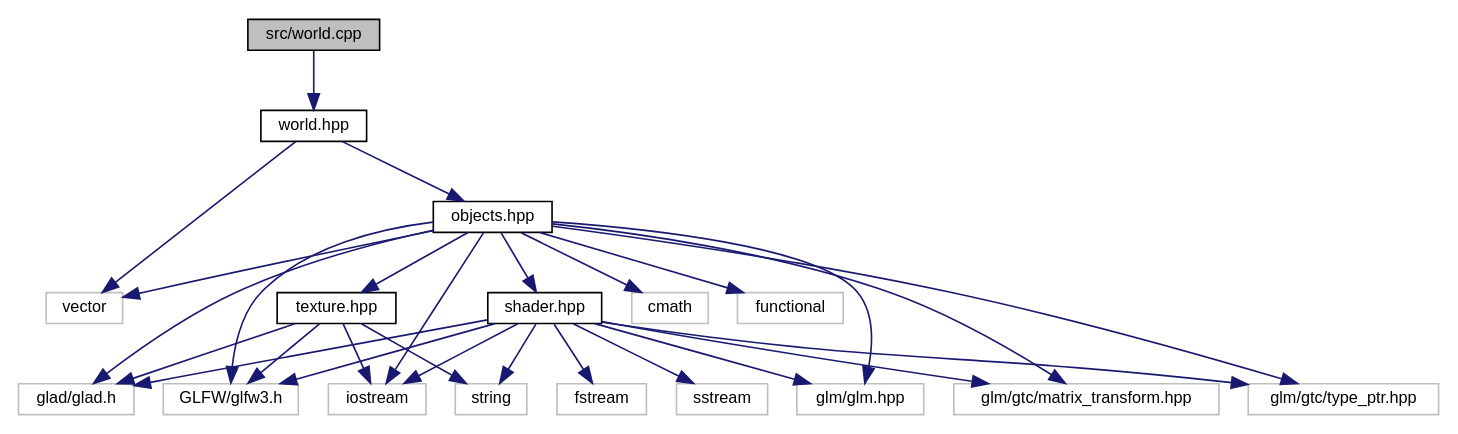
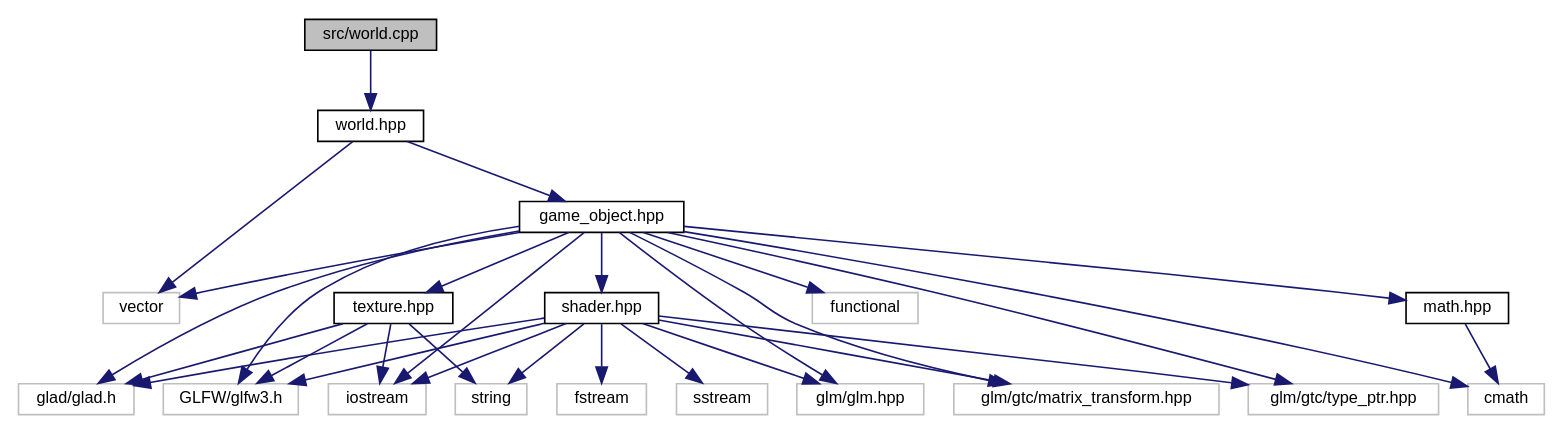
One commit to noah1510/redhand changed the diagram in world_8cpp__incl.dot. Above: the diagram before and after it, drawn with Graphviz. The commit also changed 255 other files, not shown here.

```diff
--- a/world_8cpp__incl.dot
+++ b/world_8cpp__incl.dot
@@ -1,49 +1,52 @@
 digraph "src/world.cpp"
 {
   edge [fontname="Helvetica",fontsize="10",labelfontname="Helvetica",labelfontsize="10"];
   node [fontname="Helvetica",fontsize="10",shape=record];
   Node0 [label="src/world.cpp",height=0.2,width=0.4,color="black", fillcolor="grey75", style="filled", fontcolor="black"];
   Node0 -> Node1 [color="midnightblue",fontsize="10",style="solid",fontname="Helvetica"];
   Node1 [label="world.hpp",height=0.2,width=0.4,color="black", fillcolor="white", style="filled",URL="$world_8hpp.html"];
   Node1 -> Node2 [color="midnightblue",fontsize="10",style="solid",fontname="Helvetica"];
   Node2 [label="vector",height=0.2,width=0.4,color="grey75", fillcolor="white", style="filled"];
   Node1 -> Node3 [color="midnightblue",fontsize="10",style="solid",fontname="Helvetica"];
-  Node3 [label="objects.hpp",height=0.2,width=0.4,color="black", fillcolor="white", style="filled",URL="$objects_8hpp.html"];
+  Node3 [label="game_object.hpp",height=0.2,width=0.4,color="black", fillcolor="white", style="filled",URL="$game__object_8hpp.html"];
   Node3 -> Node4 [color="midnightblue",fontsize="10",style="solid",fontname="Helvetica"];
   Node4 [label="shader.hpp",height=0.2,width=0.4,color="black", fillcolor="white", style="filled",URL="$shader_8hpp.html"];
   Node4 -> Node5 [color="midnightblue",fontsize="10",style="solid",fontname="Helvetica"];
   Node5 [label="glad/glad.h",height=0.2,width=0.4,color="grey75", fillcolor="white", style="filled"];
   Node4 -> Node6 [color="midnightblue",fontsize="10",style="solid",fontname="Helvetica"];
   Node6 [label="GLFW/glfw3.h",height=0.2,width=0.4,color="grey75", fillcolor="white", style="filled"];
   Node4 -> Node7 [color="midnightblue",fontsize="10",style="solid",fontname="Helvetica"];
   Node7 [label="glm/glm.hpp",height=0.2,width=0.4,color="grey75", fillcolor="white", style="filled"];
   Node4 -> Node8 [color="midnightblue",fontsize="10",style="solid",fontname="Helvetica"];
   Node8 [label="glm/gtc/matrix_transform.hpp",height=0.2,width=0.4,color="grey75", fillcolor="white", style="filled"];
   Node4 -> Node9 [color="midnightblue",fontsize="10",style="solid",fontname="Helvetica"];
   Node9 [label="glm/gtc/type_ptr.hpp",height=0.2,width=0.4,color="grey75", fillcolor="white", style="filled"];
   Node4 -> Node10 [color="midnightblue",fontsize="10",style="solid",fontname="Helvetica"];
   Node10 [label="string",height=0.2,width=0.4,color="grey75", fillcolor="white", style="filled"];
   Node4 -> Node11 [color="midnightblue",fontsize="10",style="solid",fontname="Helvetica"];
   Node11 [label="fstream",height=0.2,width=0.4,color="grey75", fillcolor="white", style="filled"];
   Node4 -> Node12 [color="midnightblue",fontsize="10",style="solid",fontname="Helvetica"];
   Node12 [label="sstream",height=0.2,width=0.4,color="grey75", fillcolor="white", style="filled"];
   Node4 -> Node13 [color="midnightblue",fontsize="10",style="solid",fontname="Helvetica"];
   Node13 [label="iostream",height=0.2,width=0.4,color="grey75", fillcolor="white", style="filled"];
   Node3 -> Node14 [color="midnightblue",fontsize="10",style="solid",fontname="Helvetica"];
   Node14 [label="texture.hpp",height=0.2,width=0.4,color="black", fillcolor="white", style="filled",URL="$texture_8hpp.html"];
   Node14 -> Node10 [color="midnightblue",fontsize="10",style="solid",fontname="Helvetica"];
   Node14 -> Node5 [color="midnightblue",fontsize="10",style="solid",fontname="Helvetica"];
   Node14 -> Node6 [color="midnightblue",fontsize="10",style="solid",fontname="Helvetica"];
   Node14 -> Node13 [color="midnightblue",fontsize="10",style="solid",fontname="Helvetica"];
   Node3 -> Node15 [color="midnightblue",fontsize="10",style="solid",fontname="Helvetica"];
-  Node15 [label="cmath",height=0.2,width=0.4,color="grey75", fillcolor="white", style="filled"];
+  Node15 [label="math.hpp",height=0.2,width=0.4,color="black", fillcolor="white", style="filled",URL="$math_8hpp.html"];
+  Node15 -> Node16 [color="midnightblue",fontsize="10",style="solid",fontname="Helvetica"];
+  Node16 [label="cmath",height=0.2,width=0.4,color="grey75", fillcolor="white", style="filled"];
+  Node3 -> Node16 [color="midnightblue",fontsize="10",style="solid",fontname="Helvetica"];
   Node3 -> Node13 [color="midnightblue",fontsize="10",style="solid",fontname="Helvetica"];
   Node3 -> Node2 [color="midnightblue",fontsize="10",style="solid",fontname="Helvetica"];
-  Node3 -> Node16 [color="midnightblue",fontsize="10",style="solid",fontname="Helvetica"];
-  Node16 [label="functional",height=0.2,width=0.4,color="grey75", fillcolor="white", style="filled"];
+  Node3 -> Node17 [color="midnightblue",fontsize="10",style="solid",fontname="Helvetica"];
+  Node17 [label="functional",height=0.2,width=0.4,color="grey75", fillcolor="white", style="filled"];
   Node3 -> Node7 [color="midnightblue",fontsize="10",style="solid",fontname="Helvetica"];
   Node3 -> Node8 [color="midnightblue",fontsize="10",style="solid",fontname="Helvetica"];
   Node3 -> Node9 [color="midnightblue",fontsize="10",style="solid",fontname="Helvetica"];
   Node3 -> Node5 [color="midnightblue",fontsize="10",style="solid",fontname="Helvetica"];
   Node3 -> Node6 [color="midnightblue",fontsize="10",style="solid",fontname="Helvetica"];
 }
```
